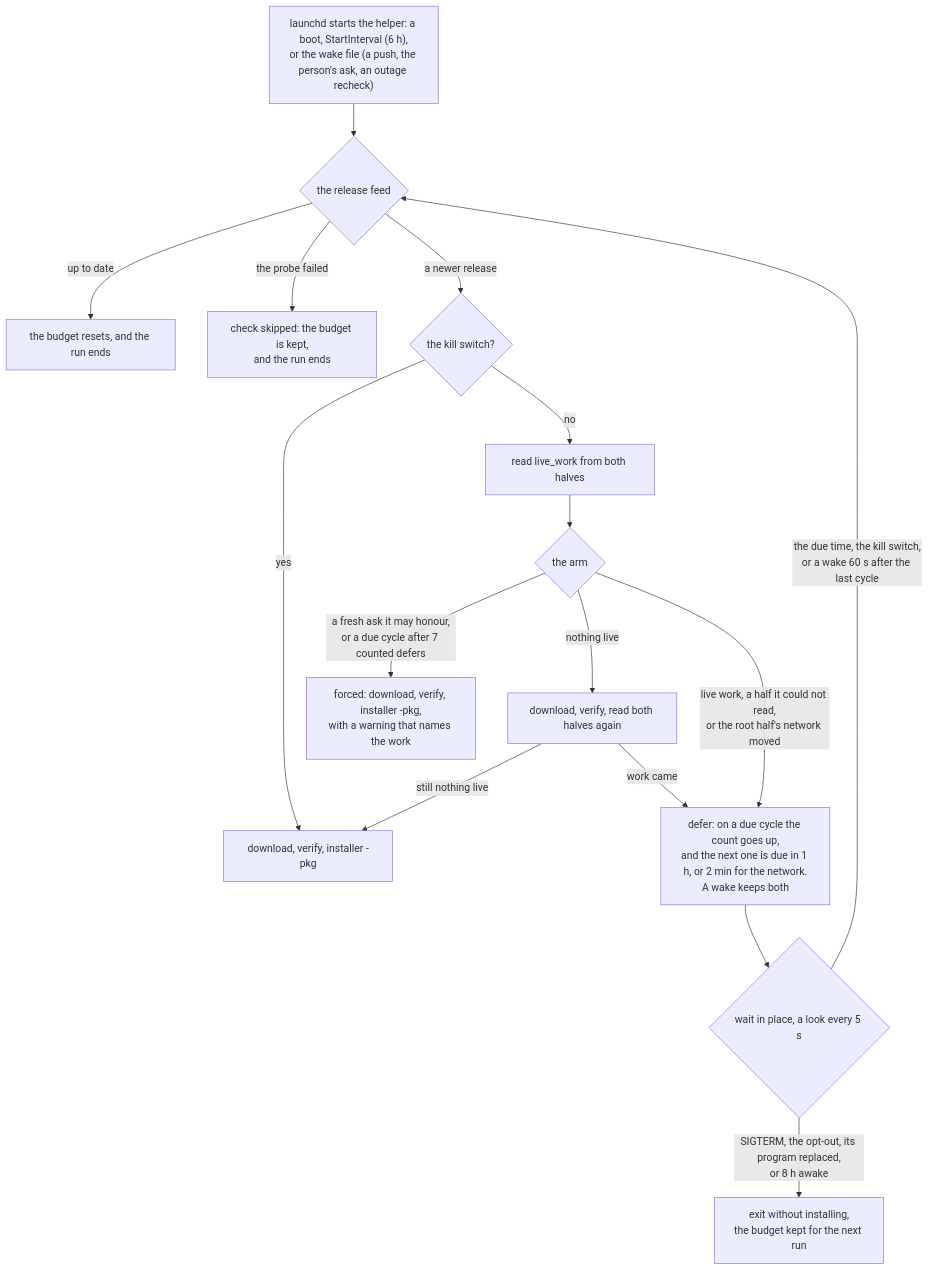
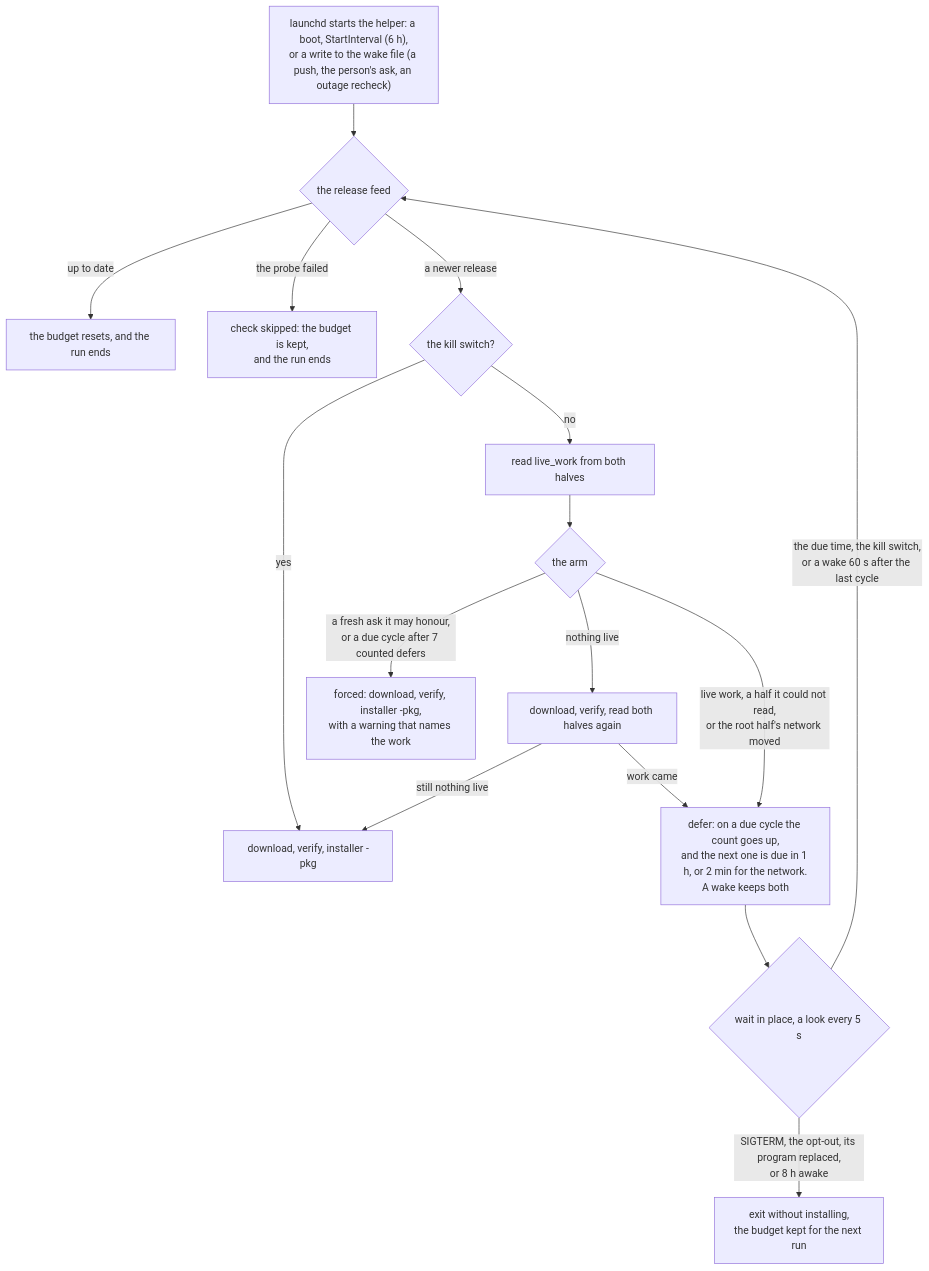
Diagram 29 of 32 in docs/installation.md (gjovanov/roomler-ai), drawn with Mermaid before and after one commit. The commit also changed other lines of this file and 1 other file, not shown here.

First line of the commit message:
docs(agent): the Mac helper's wake file, as #4372 left it

````diff
--- a/docs/installation.md
+++ b/docs/installation.md
@@ -4007,18 +4007,18 @@
 ```mermaid
 flowchart TD
-    WK["launchd starts the helper: a boot, StartInterval (6 h),<br/>or the wake file (a push, the person's ask, an outage recheck)"] --> PR{"the release feed"}
+    WK["launchd starts the helper: a boot, StartInterval (6 h),<br/>or a write to the wake file (a push, the person's ask, an outage recheck)"] --> PR{"the release feed"}
     PR -- "up to date" --> UP["the budget resets, and the run ends"]
     PR -- "the probe failed" --> SK["check skipped: the budget is kept,<br/>and the run ends"]
     PR -- "a newer release" --> KS{"the kill switch?"}
     KS -- "yes" --> IN["download, verify, installer -pkg"]
     KS -- "no" --> RD["read live_work from both halves"]
     RD --> AR{"the arm"}
     AR -- "a fresh ask it may honour,<br/>or a due cycle after 7 counted defers" --> FO["forced: download, verify, installer -pkg,<br/>with a warning that names the work"]
     AR -- "nothing live" --> DL["download, verify, read both halves again"]
     DL -- "still nothing live" --> IN
     DL -- "work came" --> DF
     AR -- "live work, a half it could not read,<br/>or the root half's network moved" --> DF["defer: on a due cycle the count goes up,<br/>and the next one is due in 1 h, or 2 min for the network.<br/>A wake keeps both"]
     DF --> WT{"wait in place, a look every 5 s"}
     WT -- "the due time, the kill switch,<br/>or a wake 60 s after the last cycle" --> PR
     WT -- "SIGTERM, the opt-out, its program replaced,<br/>or 8 h awake" --> EX["exit without installing,<br/>the budget kept for the next run"]
 ```
````
